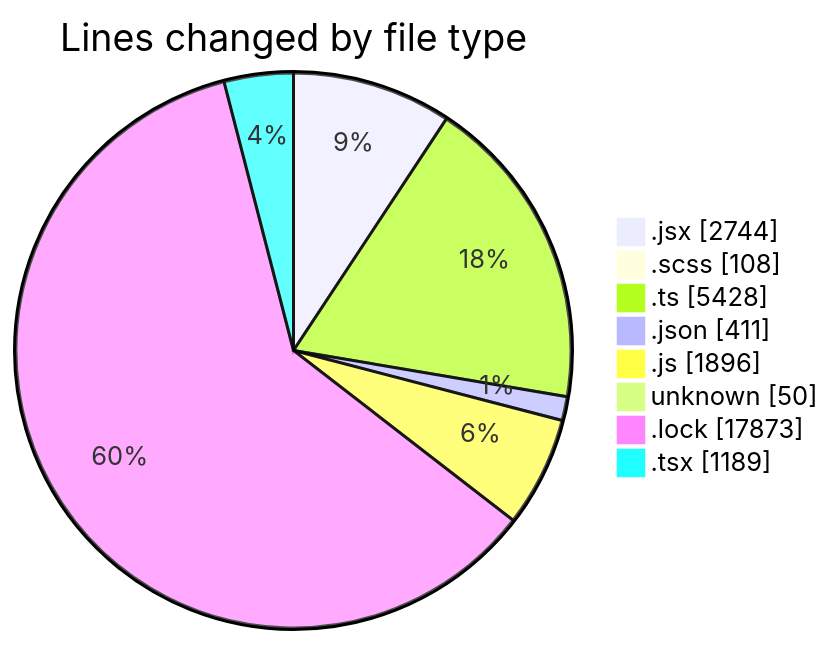
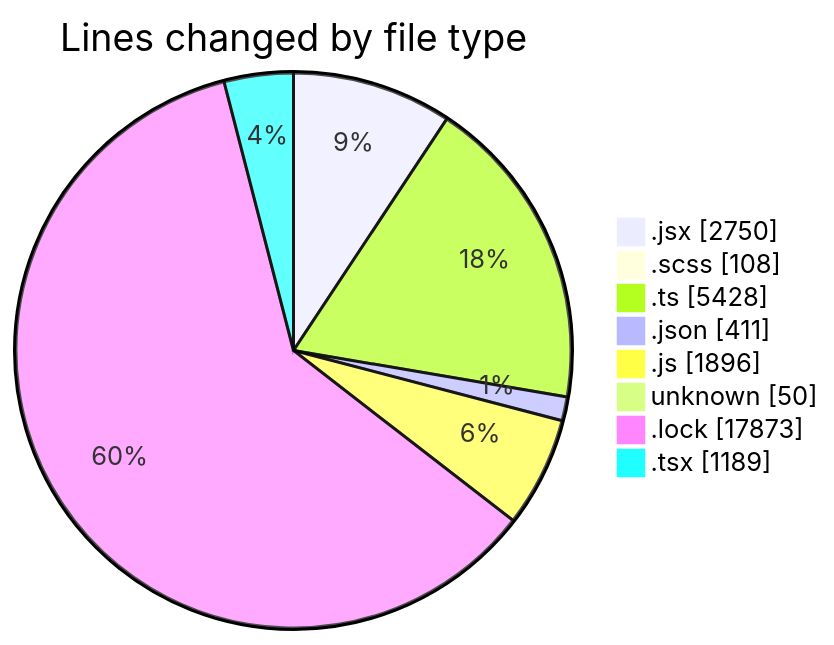
Before and after one commit to momahboobian/code-tracking: the first of 2 diagrams in 2026-09-01/cda/README.md, drawn with Mermaid. The commit also changed other lines of this file and 1 other file, not shown here.

````diff
--- a/2026-09-01/cda/README.md
+++ b/2026-09-01/cda/README.md
@@ -77,12 +77,12 @@
 ```mermaid
 pie showData
 title Lines changed by file type
-".jsx" : 2744
+".jsx" : 2750
 ".scss" : 108
 ".ts" : 5428
 ".json" : 411
 ".js" : 1896
 "unknown" : 50
 ".lock" : 17873
 ".tsx" : 1189
 ```
````
